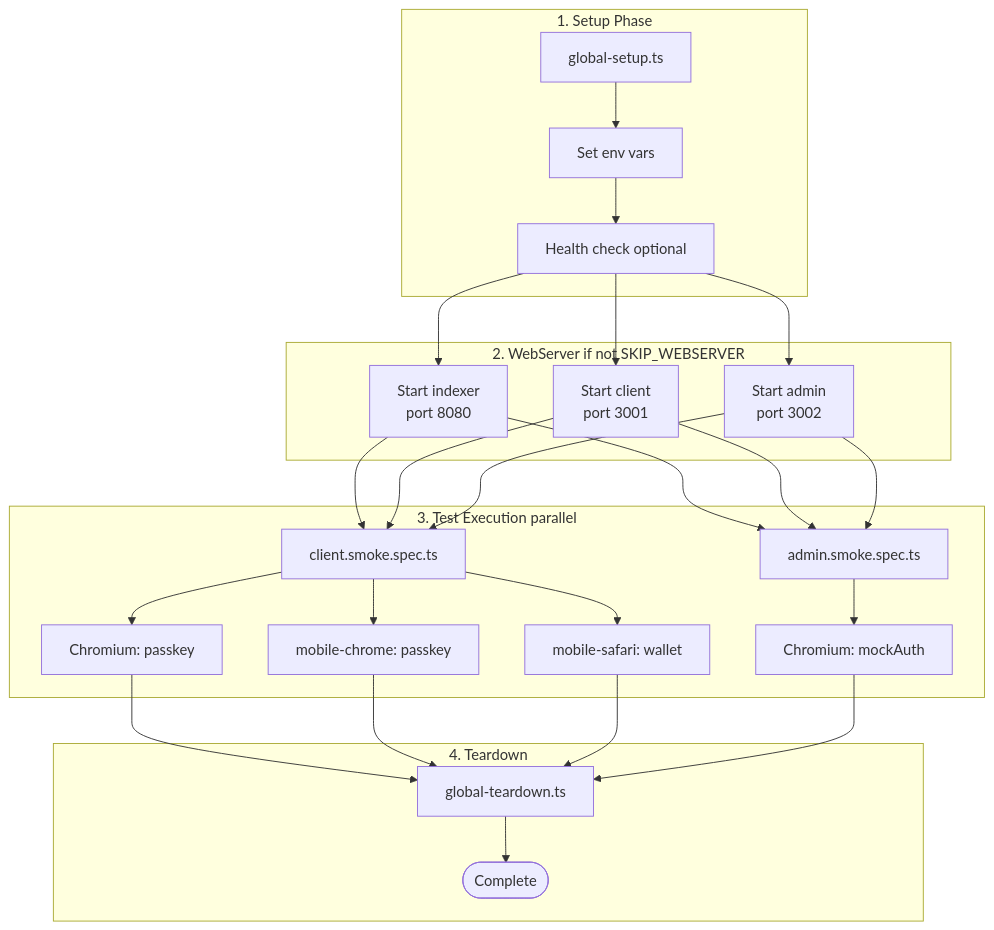
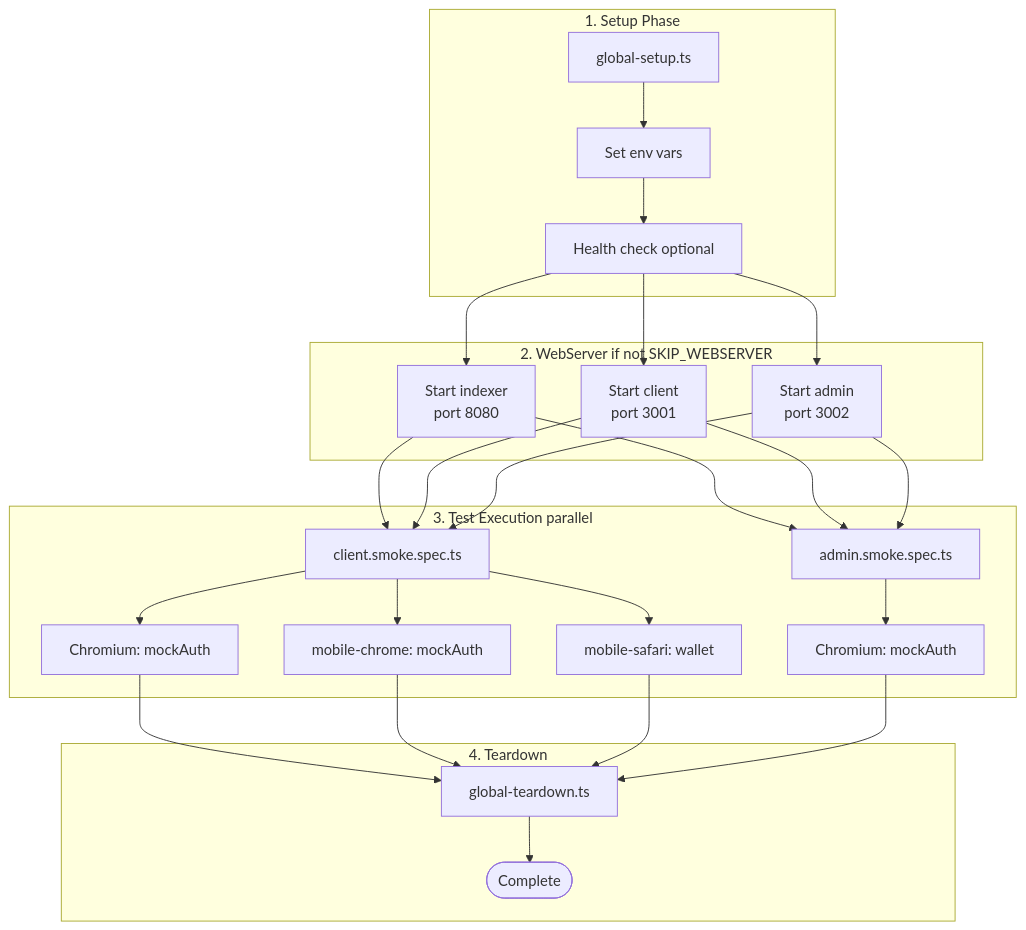
One commit to greenpill-dev-guild/green-goods changed the second of 2 diagrams in tests/ARCHITECTURE.md. Above: the diagram before and after it, drawn with Mermaid. The commit also changed other lines of this file and 47 other files, not shown here.

````diff
--- a/tests/ARCHITECTURE.md
+++ b/tests/ARCHITECTURE.md
@@ -162,27 +168,27 @@
 ```mermaid
 flowchart TD
   subgraph Setup["1. Setup Phase"]
     GS[global-setup.ts] --> ENV[Set env vars]
     ENV --> HC[Health check optional]
   end
 
   subgraph WebServer["2. WebServer if not SKIP_WEBSERVER"]
     HC --> IDX[Start indexer<br/>port 8080]
     HC --> CLI[Start client<br/>port 3001]
     HC --> ADM[Start admin<br/>port 3002]
   end
 
   subgraph Execution["3. Test Execution parallel"]
     IDX & CLI & ADM --> CS[client.smoke.spec.ts]
     IDX & CLI & ADM --> AS[admin.smoke.spec.ts]
-    CS --> CH1[Chromium: passkey]
-    CS --> MC[mobile-chrome: passkey]
+    CS --> CH1[Chromium: mockAuth]
+    CS --> MC[mobile-chrome: mockAuth]
     CS --> MS[mobile-safari: wallet]
     AS --> CH2[Chromium: mockAuth]
   end
 
   subgraph Teardown["4. Teardown"]
     CH1 & MC & MS & CH2 --> GT[global-teardown.ts]
     GT --> DONE([Complete])
   end
 ```
````
